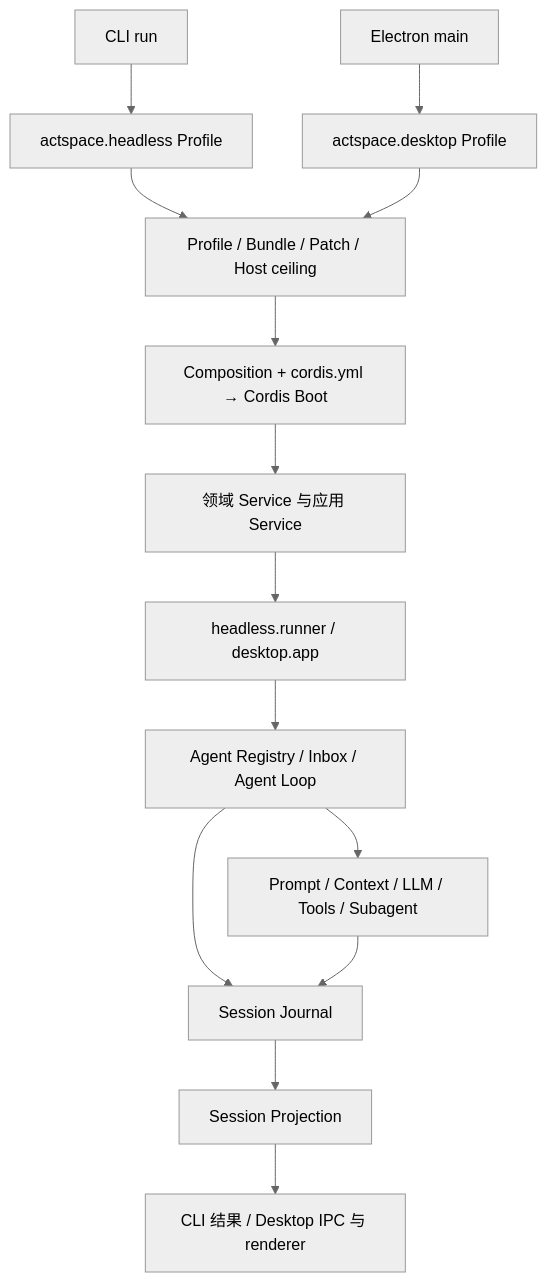
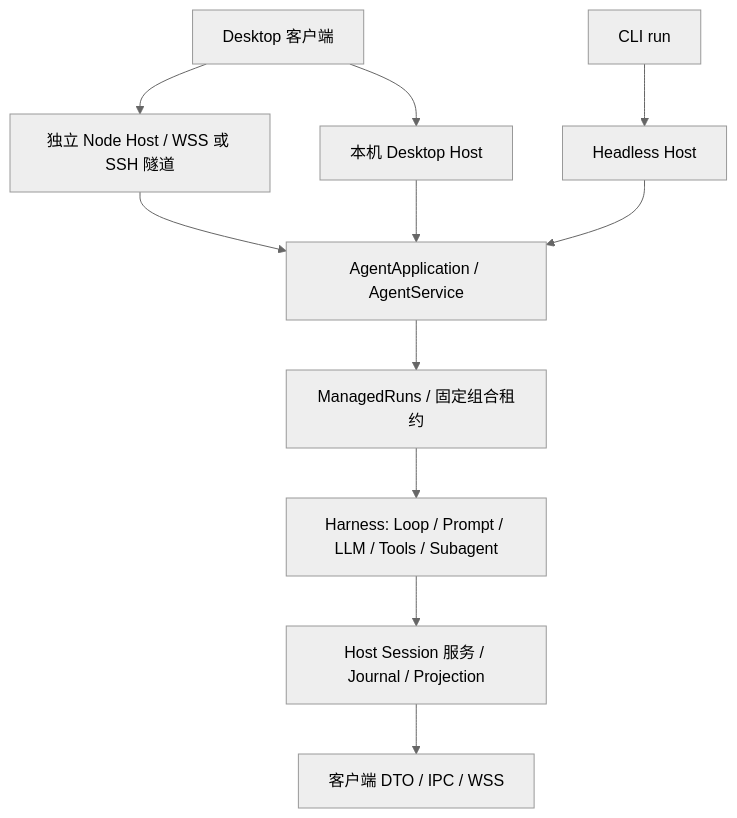
One commit to WakeUp-Jin/actspace-agent changed the diagram in docs/design-docs/agent-plugin-runtime/agent-target-overall-architecture.md. Above: the diagram before and after it, drawn with Mermaid (neutral theme). The commit also changed other lines of this file and 99 other files, not shown here.

````diff
--- a/docs/design-docs/agent-plugin-runtime/agent-target-overall-architecture.md
+++ b/docs/design-docs/agent-plugin-runtime/agent-target-overall-architecture.md
@@ -9,16 +11,13 @@
 ```mermaid
 flowchart TD
-  CLI[CLI run] --> HEADLESS[actspace.headless Profile]
-  DESKTOP[Electron main] --> DP[actspace.desktop Profile]
-  HEADLESS --> COMPOSE[Profile / Bundle / Patch / Host ceiling]
-  DP --> COMPOSE
-  COMPOSE --> BOOT[Composition + cordis.yml → Cordis Boot]
-  BOOT --> SERVICES[领域 Service 与应用 Service]
-  SERVICES --> RUNNER[headless.runner / desktop.app]
-  RUNNER --> AGENT[Agent Registry / Inbox / Agent Loop]
-  AGENT --> CAP[Prompt / Context / LLM / Tools / Subagent]
-  AGENT --> JOURNAL[Session Journal]
-  CAP --> JOURNAL
-  JOURNAL --> PROJECTION[Session Projection]
-  PROJECTION --> OUTPUT[CLI 结果 / Desktop IPC 与 renderer]
+  D[Desktop 客户端] --> LOCAL[本机 Desktop Host]
+  D --> REMOTE[独立 Node Host / WSS 或 SSH 隧道]
+  C[CLI run] --> HEADLESS[Headless Host]
+  REMOTE --> APP[AgentApplication / AgentService]
+  LOCAL --> APP
+  HEADLESS --> APP
+  APP --> RUN[ManagedRuns / 固定组合租约]
+  RUN --> H[Harness: Loop / Prompt / LLM / Tools / Subagent]
+  H --> S[Host Session 服务 / Journal / Projection]
+  S --> CLIENT[客户端 DTO / IPC / WSS]
 ```
````
